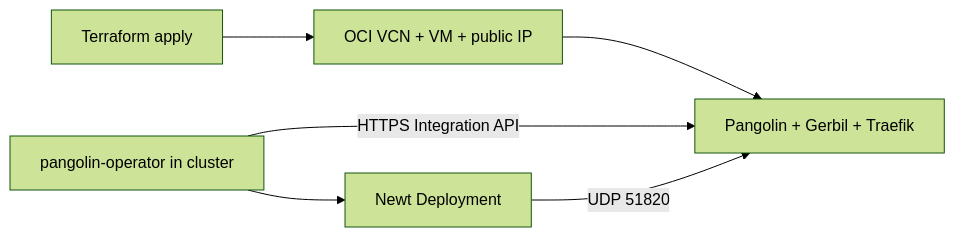
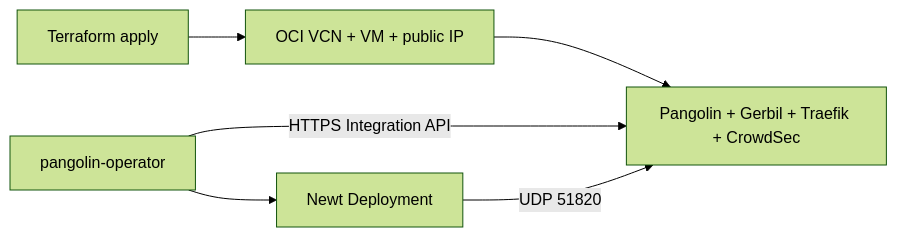
The diagram in pangolin-edge/README.md (chaosk/xd-net), drawn with Mermaid (forest theme) before and after one commit. The commit also changed other lines of this file and 2 other files, not shown here.

Commit message:
Rewrite READMEs to match the current cluster layout and apply flow.

````diff
--- a/pangolin-edge/README.md
+++ b/pangolin-edge/README.md
@@ -15,13 +7,13 @@
 ```mermaid
 flowchart LR
   TF[Terraform apply]
   OCI[OCI VCN + VM + public IP]
-  PG[Pangolin + Gerbil + Traefik]
-  Op[pangolin-operator in cluster]
+  PG[Pangolin + Gerbil + Traefik + CrowdSec]
+  Op[pangolin-operator]
   Newt[Newt Deployment]
 
   TF --> OCI --> PG
   Op -->|HTTPS Integration API| PG
   Op --> Newt
   Newt -->|UDP 51820| PG
 ```
````
